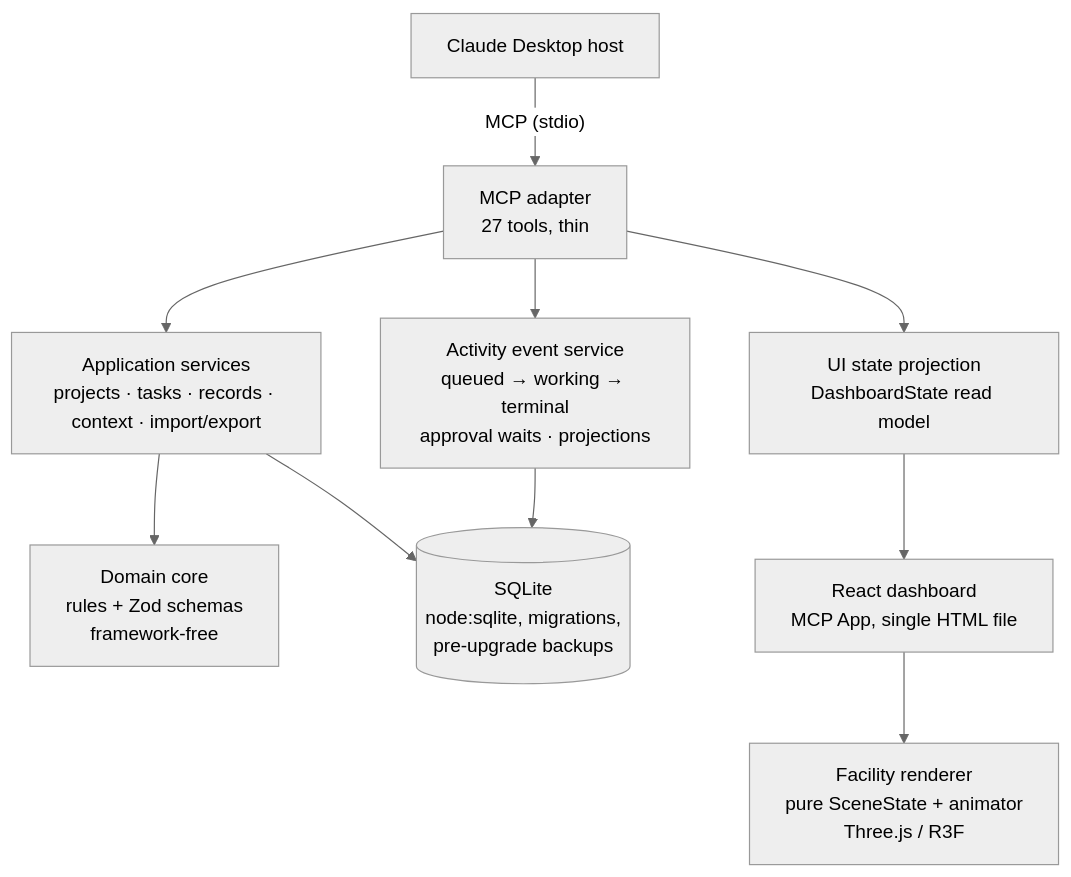
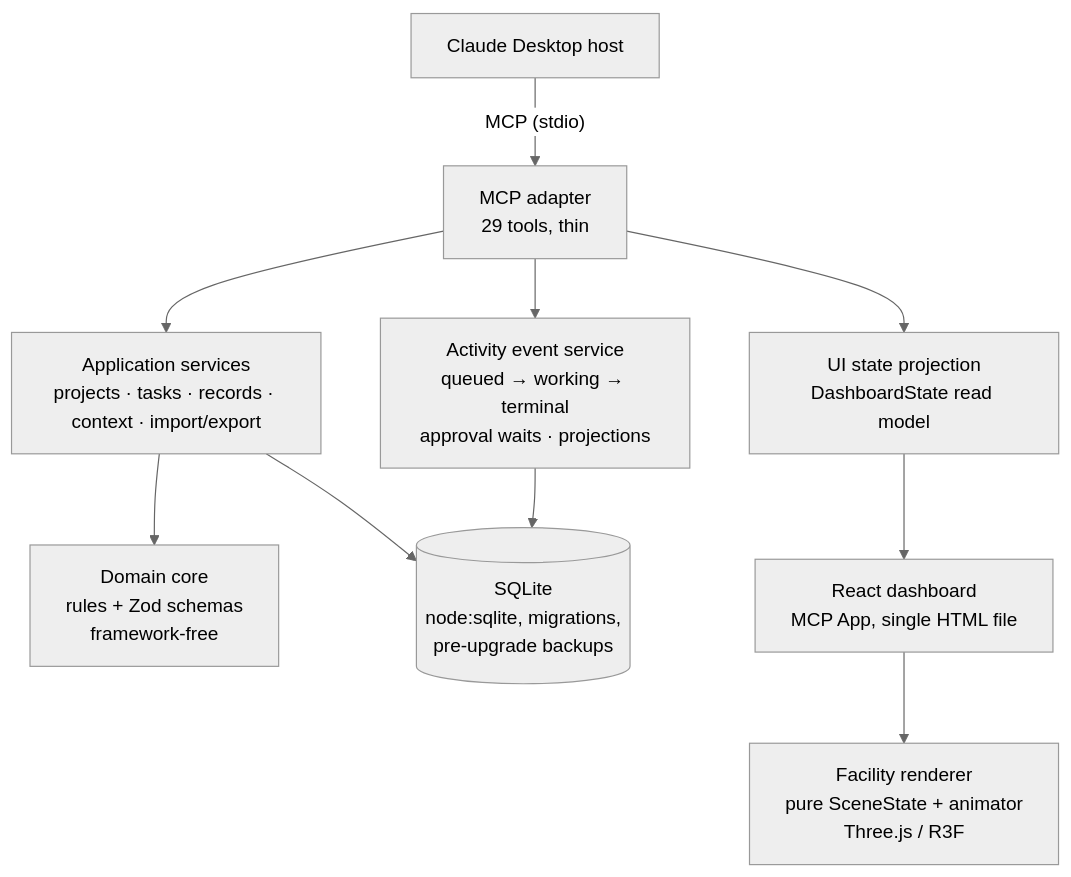
Before and after one commit to wyzd0m/claude-mission-control: the diagram in README.md, drawn with Mermaid (neutral theme). The commit also changed other lines of this file and 16 other files, not shown here.

````diff
--- a/README.md
+++ b/README.md
@@ -72,12 +72,12 @@
 ```mermaid
 flowchart TD
-    A[Claude Desktop host] -->|"MCP (stdio)"| B[MCP adapter\n27 tools, thin]
+    A[Claude Desktop host] -->|"MCP (stdio)"| B[MCP adapter\n29 tools, thin]
     B --> C[Application services\nprojects · tasks · records · context · import/export]
     C --> D[Domain core\nrules + Zod schemas\nframework-free]
     C --> E[(SQLite\nnode:sqlite, migrations,\npre-upgrade backups)]
     B --> F[Activity event service\nqueued → working → terminal\napproval waits · projections]
     F --> E
     B --> G[UI state projection\nDashboardState read model]
     G --> H[React dashboard\nMCP App, single HTML file]
     H --> I[Facility renderer\npure SceneState + animator\nThree.js / R3F]
 ```
````
